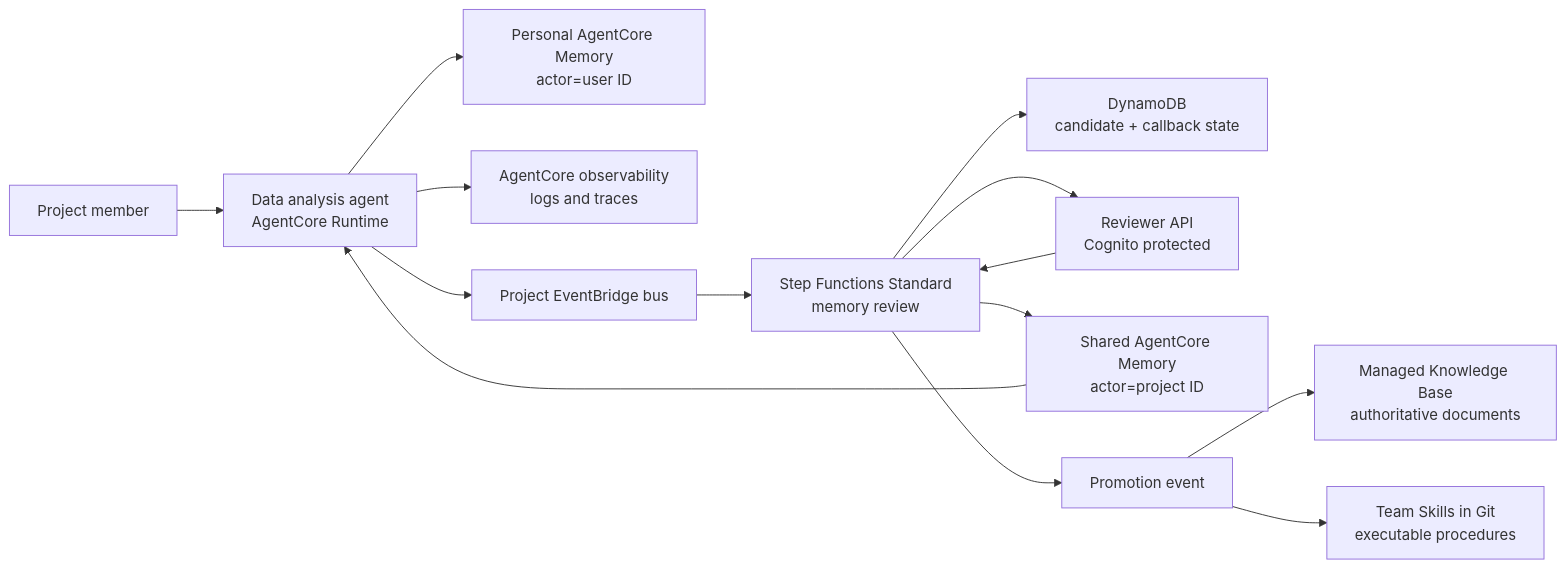
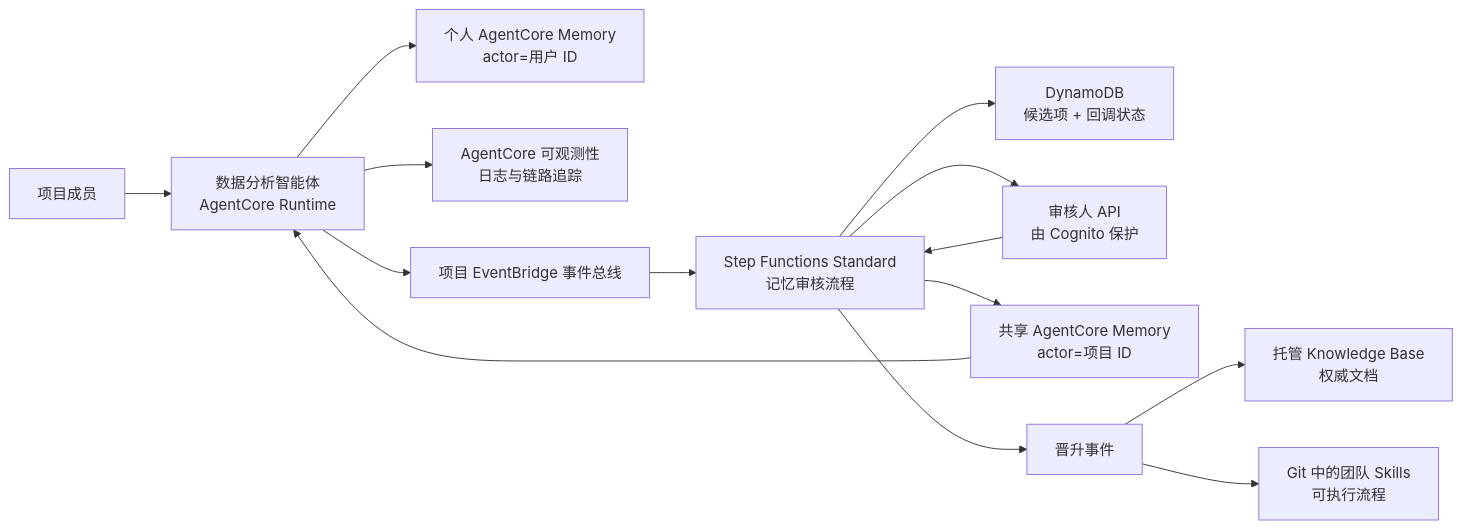
The diagram in README.md (ericyanpek/agentcore-memory-blueprint), drawn with Mermaid before and after one commit. The commit also changed other lines of this file and 15 other files, not shown here.

````diff
--- a/README.md
+++ b/README.md
@@ -16,16 +46,16 @@
 ```mermaid
 flowchart LR
-    U["Project member"] --> A["Data analysis agent<br/>AgentCore Runtime"]
-    A --> PM["Personal AgentCore Memory<br/>actor=user ID"]
-    A --> O["AgentCore observability<br/>logs and traces"]
-    A --> EB["Project EventBridge bus"]
-    EB --> SF["Step Functions Standard<br/>memory review"]
-    SF --> DDB["DynamoDB<br/>candidate + callback state"]
-    SF --> R["Reviewer API<br/>Cognito protected"]
+    U["项目成员"] --> A["数据分析智能体<br/>AgentCore Runtime"]
+    A --> PM["个人 AgentCore Memory<br/>actor=用户 ID"]
+    A --> O["AgentCore 可观测性<br/>日志与链路追踪"]
+    A --> EB["项目 EventBridge 事件总线"]
+    EB --> SF["Step Functions Standard<br/>记忆审核流程"]
+    SF --> DDB["DynamoDB<br/>候选项 + 回调状态"]
+    SF --> R["审核人 API<br/>由 Cognito 保护"]
     R --> SF
-    SF --> SM["Shared AgentCore Memory<br/>actor=project ID"]
+    SF --> SM["共享 AgentCore Memory<br/>actor=项目 ID"]
     SM --> A
-    SF --> P["Promotion event"]
-    P --> KB["Managed Knowledge Base<br/>authoritative documents"]
-    P --> SK["Team Skills in Git<br/>executable procedures"]
+    SF --> P["晋升事件"]
+    P --> KB["托管 Knowledge Base<br/>权威文档"]
+    P --> SK["Git 中的团队 Skills<br/>可执行流程"]
 ```
````
